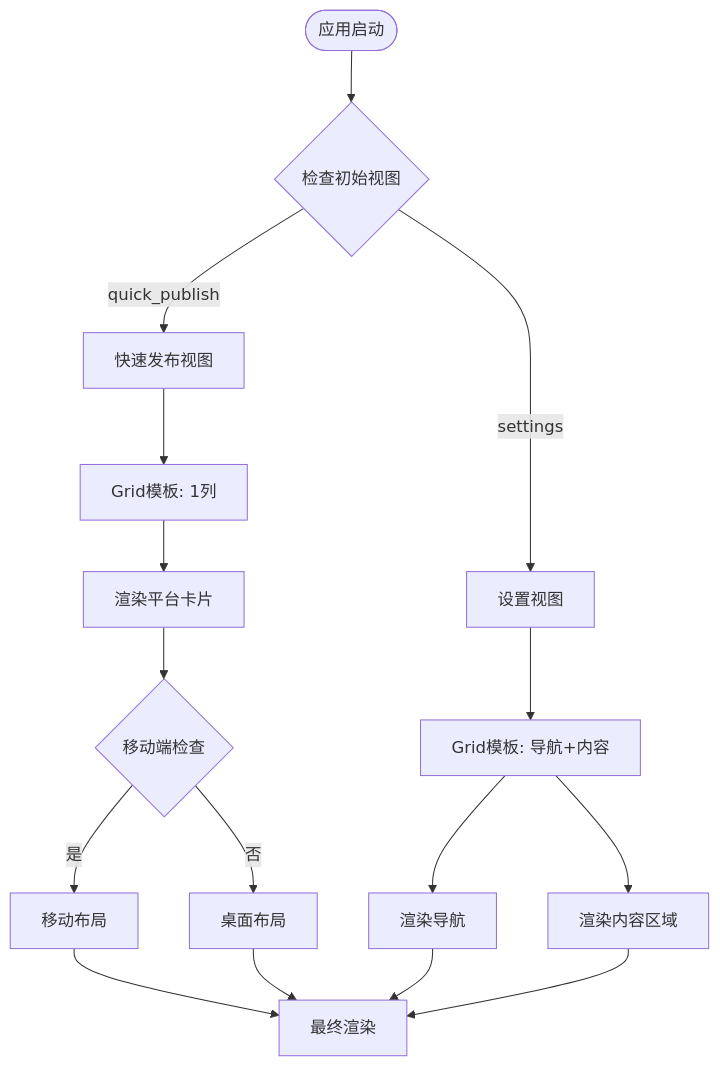
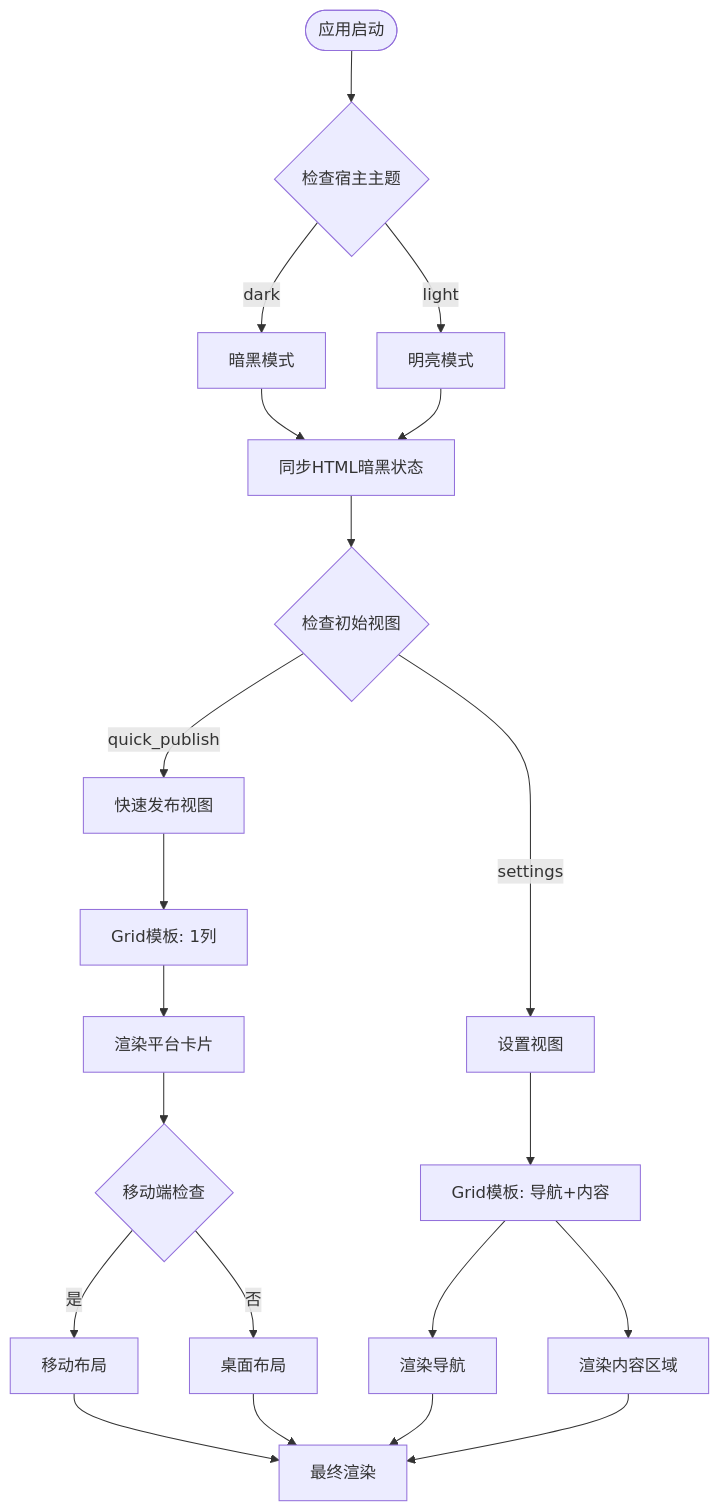
One commit to terwer/siyuan-plugin-publisher changed the fifth of 13 diagrams in .qoder/repowiki/zh/content/用户界面组件/UI V2 设计原则.md. Above: the diagram before and after it, drawn with Mermaid. The commit also changed other lines of this file and 19 other files, not shown here.

````diff
--- a/.qoder/repowiki/zh/content/用户界面组件/UI V2 设计原则.md
+++ b/.qoder/repowiki/zh/content/用户界面组件/UI V2 设计原则.md
@@ -207,18 +255,23 @@
 ```mermaid
 flowchart TD
-Start([应用启动]) --> CheckView{检查初始视图}
+Start([应用启动]) --> CheckTheme{检查宿主主题}
+CheckTheme --> |dark| DarkMode[暗黑模式]
+CheckTheme --> |light| LightMode[明亮模式]
+DarkMode --> SyncHtmlDark[同步HTML暗黑状态]
+LightMode --> SyncHtmlDark
+SyncHtmlDark --> CheckView{检查初始视图}
 CheckView --> |quick_publish| QuickView[快速发布视图]
 CheckView --> |settings| SettingsView[设置视图]
 QuickView --> QuickGrid[Grid模板: 1列]
 SettingsView --> SettingsGrid[Grid模板: 导航+内容]
 QuickGrid --> RenderCards[渲染平台卡片]
 SettingsGrid --> RenderNav[渲染导航]
 SettingsGrid --> RenderContent[渲染内容区域]
 RenderCards --> ResponsiveCheck{移动端检查}
 ResponsiveCheck --> |是| MobileLayout[移动布局]
 ResponsiveCheck --> |否| DesktopLayout[桌面布局]
 MobileLayout --> FinalRender[最终渲染]
 DesktopLayout --> FinalRender
 RenderNav --> FinalRender
 RenderContent --> FinalRender
 ```
````
